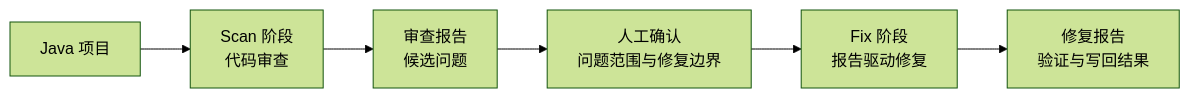
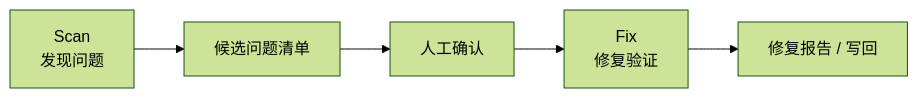
The diagram in README.md (ataskite/cc-code-reviewer), drawn with Mermaid (forest theme) before and after one commit. The commit also changed other lines of this file and 15 other files, not shown here.

````diff
--- a/README.md
+++ b/README.md
@@ -40,15 +5,7 @@
 ```mermaid
 flowchart LR
-    Project["Java 项目"]
-    Scan["Scan 阶段<br/>代码审查"]
-    ReviewReport["审查报告<br/>候选问题"]
-    HumanGate["人工确认<br/>问题范围与修复边界"]
-    Fix["Fix 阶段<br/>报告驱动修复"]
-    FixReport["修复报告<br/>验证与写回结果"]
-
-    Project --> Scan
-    Scan --> ReviewReport
-    ReviewReport --> HumanGate
-    HumanGate --> Fix
-    Fix --> FixReport
+    Scan["Scan<br/>发现问题"] --> Report["候选问题清单"]
+    Report --> Gate["人工确认"]
+    Gate --> Fix["Fix<br/>修复验证"]
+    Fix --> Output["修复报告 / 写回"]
 ```
````
